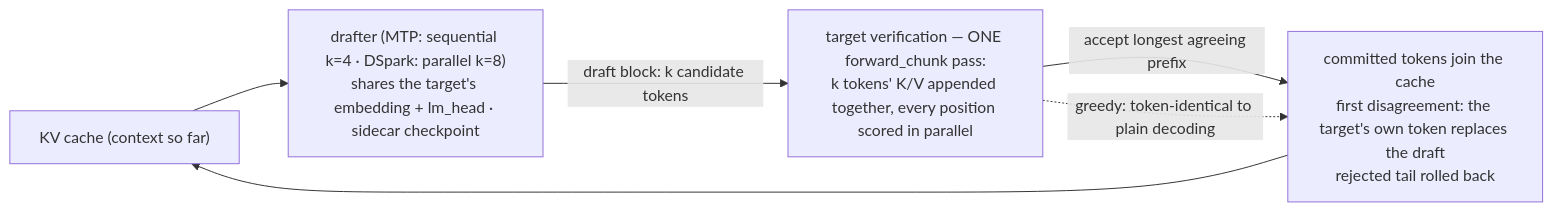
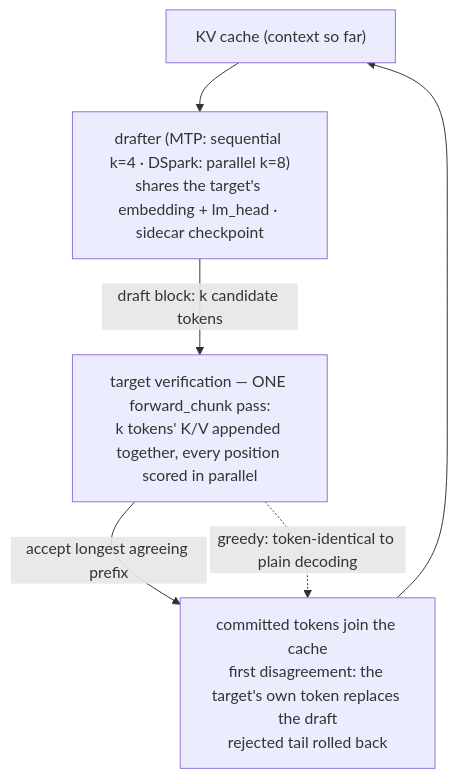
One commit to loveyoupeng/ai-demo changed the third of 3 diagrams in README.md. Above: the diagram before and after it, drawn with Mermaid. The commit also changed other lines of this file and 1 other file, not shown here.

Commit message:
docs: all mermaid flowcharts render vertically (TUI/ASCII-friendly)
The TUI renderer (leaf) renders mermaid as ASCII and clips when the
chart is too wide — horizontal flowcharts (flowchart LR) put the whole
pipeline on one row. All five mermaid charts in the docs are now
flowchart TD (top-down):

- docs/math/transformer-walkthrough.md: the overview chart (with the
  FFN-or-MoE slot and the speculative-decoding round subgraphs) and the
  shape-chain chart — main flow stacks vertically; the subgraphs
  inherit TD and their internal nodes stay compact.
- README.md: the MoE block chart and the speculative-decoding round
  chart (the main forward-pass diagram was already TD).

No content change — direction only. check_docs green.

````diff
--- a/README.md
+++ b/README.md
@@ -128,8 +128,8 @@
 ```mermaid
-flowchart LR
+flowchart TD
     CTX["KV cache (context so far)"] --> DR["drafter (MTP: sequential k=4 · DSpark: parallel k=8)<br/>shares the target's embedding + lm_head · sidecar checkpoint"]
     DR -- "draft block: k candidate tokens" --> VF["target verification — ONE forward_chunk pass:<br/>k tokens' K/V appended together, every position scored in parallel"]
     VF -- "accept longest agreeing prefix" --> AC["committed tokens join the cache\nfirst disagreement: the target's own token replaces the draft\nrejected tail rolled back"]
     AC --> CTX
     VF -. "greedy: token-identical to plain decoding" .-> AC
 ```
````
